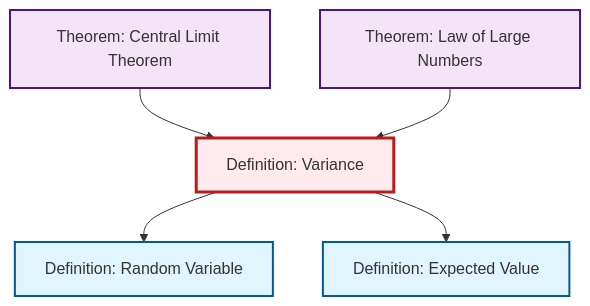
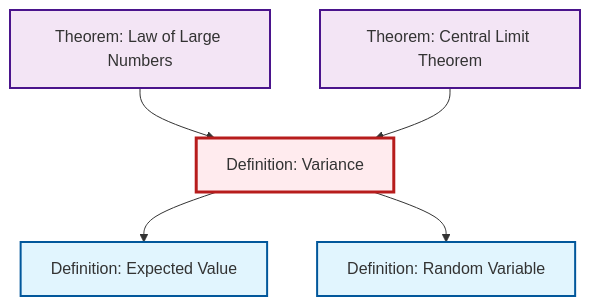
One commit to RK0429/ModernMath changed the second of 2 diagrams in content/ja/probability-statistics/def-variance.qmd. Above: the diagram before and after it, drawn with Mermaid. The commit also changed other lines of this file and 597 other files, not shown here.

````diff
--- a/content/ja/probability-statistics/def-variance.qmd
+++ b/content/ja/probability-statistics/def-variance.qmd
@@ -102,23 +102,23 @@
 ```{mermaid}
 %%| fig-cap: "Local dependency graph"
 graph TD
     classDef definition fill:#e1f5fe,stroke:#01579b,stroke-width:2px
     classDef theorem fill:#f3e5f5,stroke:#4a148c,stroke-width:2px
     classDef axiom fill:#fff3e0,stroke:#e65100,stroke-width:2px
     classDef example fill:#e8f5e9,stroke:#1b5e20,stroke-width:2px
     classDef current fill:#ffebee,stroke:#b71c1c,stroke-width:3px
-    thm-central-limit["Theorem: Central Limit Theorem"]:::theorem
+    thm-law-of-large-numbers["Theorem: Law of Large Numbers"]:::theorem
     def-variance["Definition: Variance"]:::definition
     def-expectation["Definition: Expected Value"]:::definition
-    thm-law-of-large-numbers["Theorem: Law of Large Numbers"]:::theorem
     def-random-variable["Definition: Random Variable"]:::definition
+    thm-central-limit["Theorem: Central Limit Theorem"]:::theorem
+    def-variance --> def-expectation
+    thm-law-of-large-numbers --> def-variance
     def-variance --> def-random-variable
-    def-variance --> def-expectation
     thm-central-limit --> def-variance
-    thm-law-of-large-numbers --> def-variance
     class def-variance current
+    click thm-law-of-large-numbers "thm-law-of-large-numbers.html" "Theorem: Law of Large Numbersへ"
+    click def-expectation "def-expectation.html" "Definition: Expected Valueへ"
+    click def-random-variable "def-random-variable.html" "Definition: Random Variableへ"
     click thm-central-limit "thm-central-limit.html" "Theorem: Central Limit Theoremへ"
-    click def-expectation "def-expectation.html" "Definition: Expected Valueへ"
-    click thm-law-of-large-numbers "thm-law-of-large-numbers.html" "Theorem: Law of Large Numbersへ"
-    click def-random-variable "def-random-variable.html" "Definition: Random Variableへ"
 ```
````
